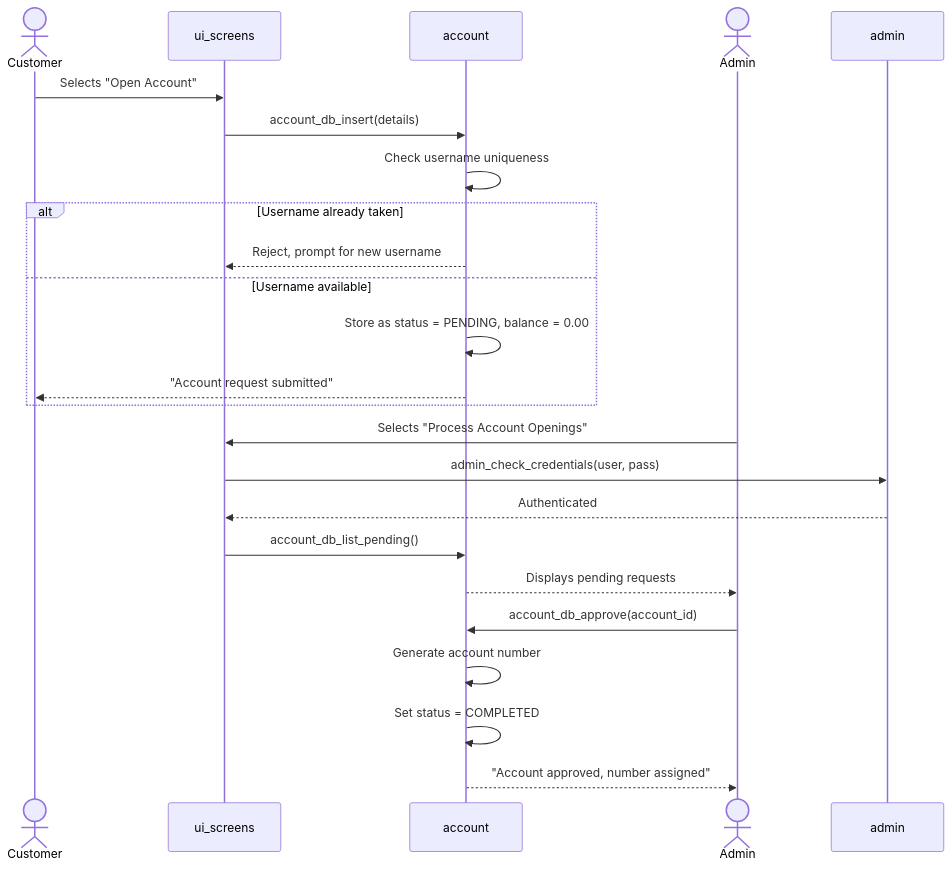
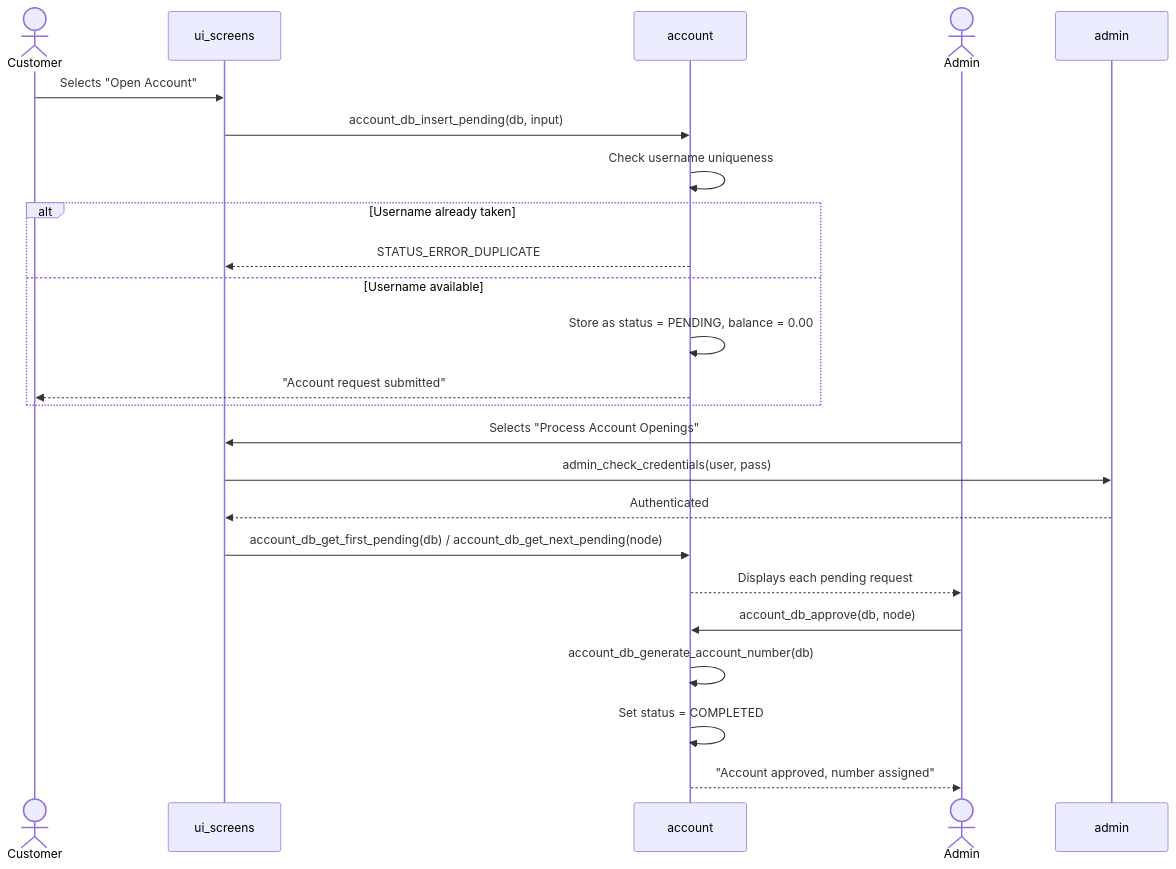
One commit to embedderr/banking-system-ci-cd-pipeline changed the third of 3 diagrams in docs/design/HLD.md. Above: the diagram before and after it, drawn with Mermaid. The commit also changed other lines of this file and 2 other files, not shown here.

````diff
--- a/docs/design/HLD.md
+++ b/docs/design/HLD.md
@@ -199,30 +214,30 @@
 ```mermaid
 sequenceDiagram
     actor Customer
     participant UI as ui_screens
     participant ACC as account
     actor Admin
     participant ADM as admin
 
     Customer->>UI: Selects "Open Account"
-    UI->>ACC: account_db_insert(details)
+    UI->>ACC: account_db_insert_pending(db, input)
     ACC->>ACC: Check username uniqueness
     alt Username already taken
-        ACC-->>UI: Reject, prompt for new username
+        ACC-->>UI: STATUS_ERROR_DUPLICATE
     else Username available
         ACC->>ACC: Store as status = PENDING, balance = 0.00
         ACC-->>Customer: "Account request submitted"
     end
 
     Admin->>UI: Selects "Process Account Openings"
     UI->>ADM: admin_check_credentials(user, pass)
     ADM-->>UI: Authenticated
 
-    UI->>ACC: account_db_list_pending()
-    ACC-->>Admin: Displays pending requests
+    UI->>ACC: account_db_get_first_pending(db) / account_db_get_next_pending(node)
+    ACC-->>Admin: Displays each pending request
 
-    Admin->>ACC: account_db_approve(account_id)
-    ACC->>ACC: Generate account number
+    Admin->>ACC: account_db_approve(db, node)
+    ACC->>ACC: account_db_generate_account_number(db)
     ACC->>ACC: Set status = COMPLETED
     ACC-->>Admin: "Account approved, number assigned"
 ```
````
